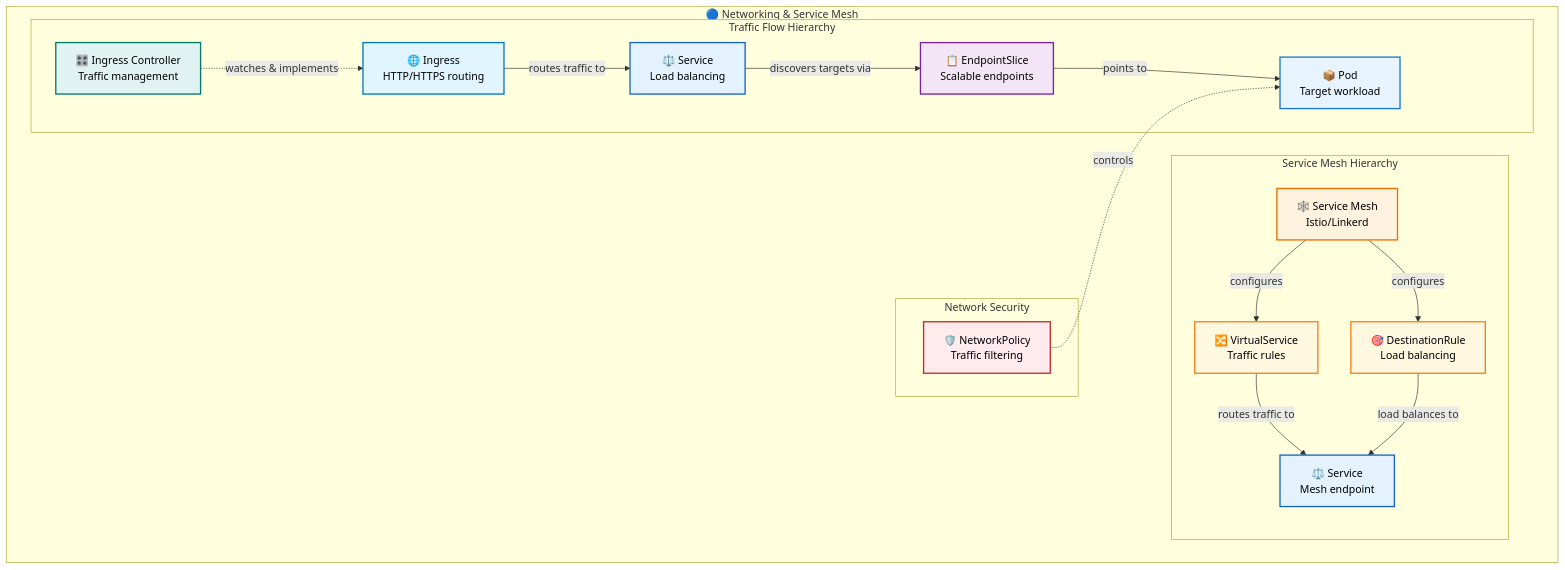
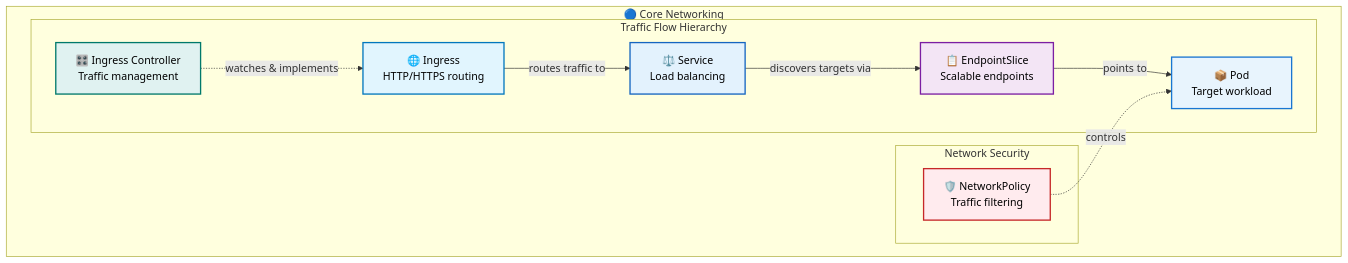
Before and after one commit to razkevich/system_design_course: the third of 10 diagrams in 1.4_distributed_systems/kubernetes_resource_hierarchy_guide.md, drawn with Mermaid. The commit also changed other lines of this file, not shown here.

````diff
--- a/1.4_distributed_systems/kubernetes_resource_hierarchy_guide.md
+++ b/1.4_distributed_systems/kubernetes_resource_hierarchy_guide.md
@@ -95,46 +95,30 @@
 ```mermaid
 flowchart TD
-    subgraph "🔵 Networking & Service Mesh"
+    subgraph "🔵 Core Networking"
         
         subgraph "Traffic Flow Hierarchy"
             Ingress["🌐 Ingress<br/>HTTP/HTTPS routing"]
             IngressController["🎛️ Ingress Controller<br/>Traffic management"]
             Service["⚖️ Service<br/>Load balancing"]
             EndpointSlice["📋 EndpointSlice<br/>Scalable endpoints"]
             NetworkPod["📦 Pod<br/>Target workload"]
             
             IngressController -.->|"watches & implements"| Ingress
             Ingress -->|"routes traffic to"| Service
             Service -->|"discovers targets via"| EndpointSlice
             EndpointSlice -->|"points to"| NetworkPod
         end
         
-        subgraph "Service Mesh Hierarchy"
-            ServiceMesh["🕸️ Service Mesh<br/>Istio/Linkerd"]
-            VirtualService["🔀 VirtualService<br/>Traffic rules"]
-            DestinationRule["🎯 DestinationRule<br/>Load balancing"]
-            MeshService["⚖️ Service<br/>Mesh endpoint"]
-            
-            ServiceMesh -->|"configures"| VirtualService
-            ServiceMesh -->|"configures"| DestinationRule
-            VirtualService -->|"routes traffic to"| MeshService
-            DestinationRule -->|"load balances to"| MeshService
-        end
-        
         subgraph "Network Security"
             NetworkPolicy["🛡️ NetworkPolicy<br/>Traffic filtering"]
             NetworkPolicy -.->|"controls"| NetworkPod
         end
     end
     
     style NetworkPod fill:#e8f4fd,stroke:#1976d2,stroke-width:2px,color:#000
     style Service fill:#e3f2fd,stroke:#1565c0,stroke-width:2px,color:#000
     style Ingress fill:#e1f5fe,stroke:#0277bd,stroke-width:2px,color:#000
     style IngressController fill:#e0f2f1,stroke:#00796b,stroke-width:2px,color:#000
     style EndpointSlice fill:#f3e5f5,stroke:#7b1fa2,stroke-width:2px,color:#000
-    style ServiceMesh fill:#fff3e0,stroke:#ef6c00,stroke-width:2px,color:#000
-    style VirtualService fill:#fff8e1,stroke:#f57f17,stroke-width:2px,color:#000
-    style DestinationRule fill:#fff8e1,stroke:#f57f17,stroke-width:2px,color:#000
-    style MeshService fill:#e3f2fd,stroke:#1565c0,stroke-width:2px,color:#000
     style NetworkPolicy fill:#ffebee,stroke:#c62828,stroke-width:2px,color:#000
 ```
````
